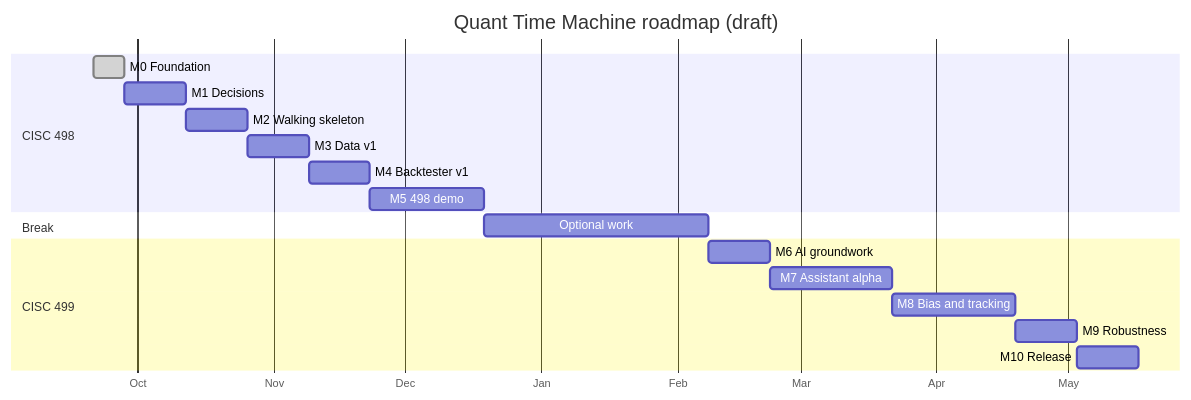
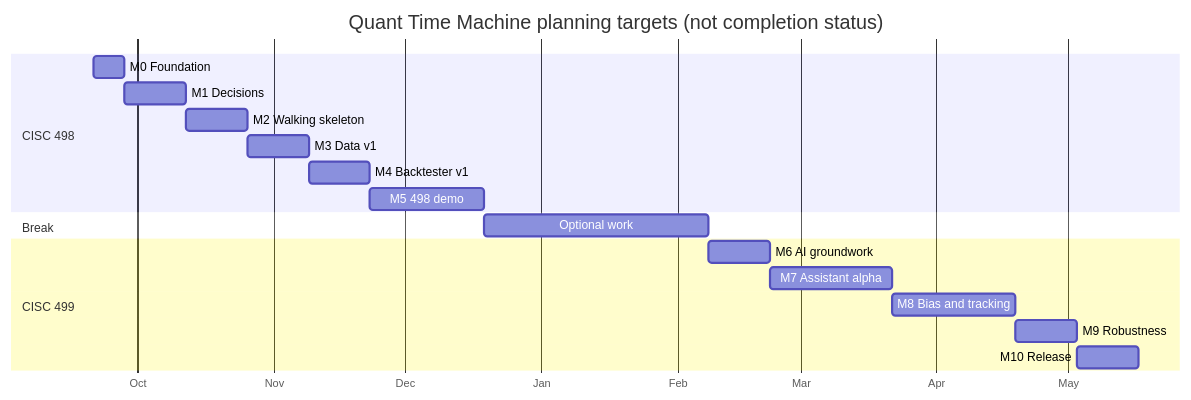
The second of 3 diagrams in doc/roadmap.md (nfiasco/Quant-Time-Machine), drawn with Mermaid before and after one commit. The commit also changed other lines of this file, not shown here.

Commit message:
Reconcile roadmap with committed progress and GitHub planning

````diff
--- a/doc/roadmap.md
+++ b/doc/roadmap.md
@@ -397,21 +402,21 @@
 ```mermaid
 gantt
-    title Quant Time Machine roadmap (draft)
+    title Quant Time Machine planning targets (not completion status)
     dateFormat YYYY-MM-DD
     axisFormat %b
     section CISC 498
-    M0 Foundation                   :done, m0, 2026-09-21, 2026-09-28
+    M0 Foundation                   :m0, 2026-09-21, 2026-09-28
     M1 Decisions                    :m1, 2026-09-28, 2026-10-12
     M2 Walking skeleton             :m2, 2026-10-12, 2026-10-26
     M3 Data v1                      :m3, 2026-10-26, 2026-11-09
     M4 Backtester v1                :m4, 2026-11-09, 2026-11-23
     M5 498 demo                     :m5, 2026-11-23, 2026-12-19
     section Break
     Optional work                   :w1, 2026-12-19, 2027-02-08
     section CISC 499
     M6 AI groundwork                :m6, 2027-02-08, 2027-02-22
     M7 Assistant alpha              :m7, 2027-02-22, 2027-03-22
     M8 Bias and tracking            :m8, 2027-03-22, 2027-04-19
     M9 Robustness                   :m9, 2027-04-19, 2027-05-03
     M10 Release                     :m10, 2027-05-03, 2027-05-17
 ```
````
